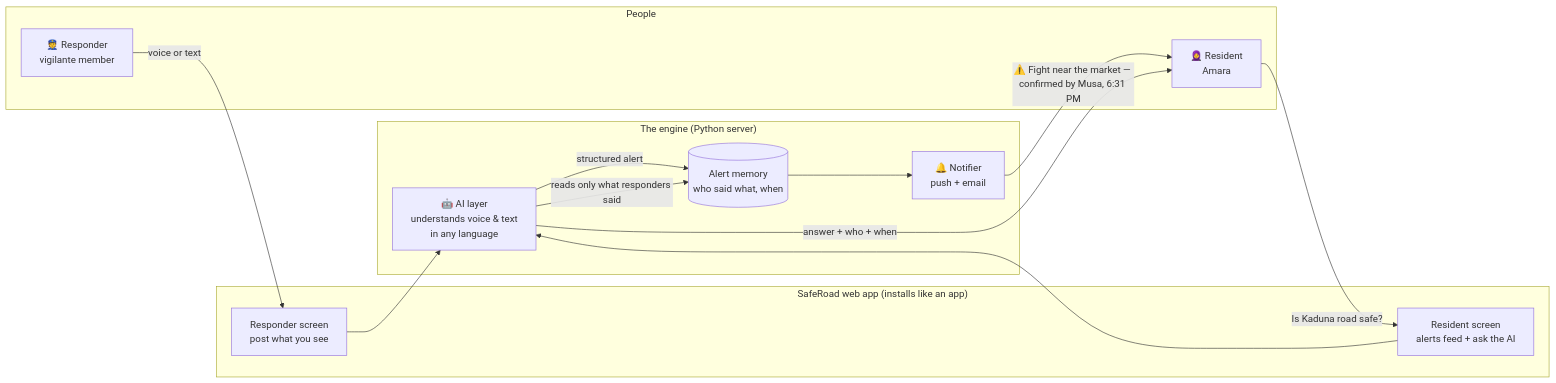
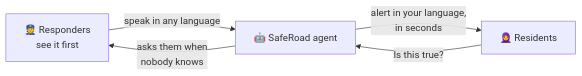
Before and after one commit to Abdullah-webd/ktechfest-ai: the first of 4 diagrams in architecture.md, drawn with Mermaid. The commit also changed other lines of this file and 1 other file, not shown here.

Commit message:
Docs: README model update; architecture explained in plain language for the current system

````diff
--- a/architecture.md
+++ b/architecture.md
@@ -34,25 +18,7 @@
 ```mermaid
 flowchart LR
-    subgraph People
-        R[👮 Responder<br/>vigilante member]
-        A[🧕 Resident<br/>Amara]
-    end
-
-    subgraph SafeRoad["SafeRoad web app (installs like an app)"]
-        RS[Responder screen<br/>post what you see]
-        AS[Resident screen<br/>alerts feed + ask the AI]
-    end
-
-    subgraph Brain["The engine (Python server)"]
-        AI[🤖 AI layer<br/>understands voice & text<br/>in any language]
-        DB[(Alert memory<br/>who said what, when)]
-        N[🔔 Notifier<br/>push + email]
-    end
-
-    R -->|voice or text| RS --> AI
-    AI -->|structured alert| DB
-    DB --> N -->|"⚠️ Fight near the market — confirmed by Musa, 6:31 PM"| A
-    A -->|"Is Kaduna road safe?"| AS --> AI
-    AI -->|"reads only what responders said"| DB
-    AI -->|"answer + who + when"| A
+    R[👮 Responders<br/>see it first] -->|"speak in any language"| AG[🤖 SafeRoad agent]
+    AG -->|"alert in your language,<br/>in seconds"| A[🧕 Residents]
+    A -->|"Is this true?"| AG
+    AG -->|"asks them when<br/>nobody knows"| R
 ```
````
